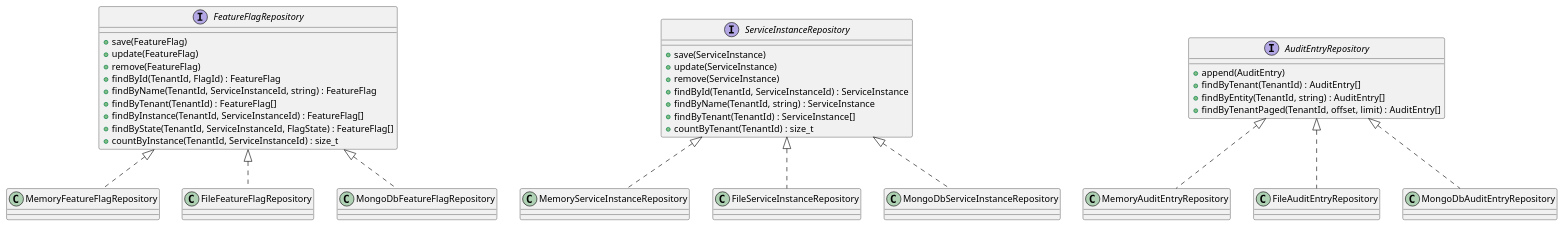
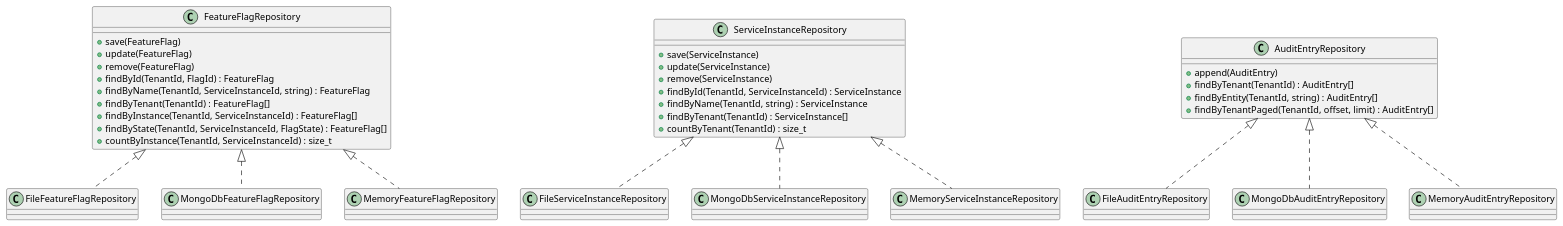
One commit to UIMSolutions/uim-platform changed the second of 5 diagrams in feature-flags/UML.md. Above: the diagram before and after it, drawn with PlantUML. The commit also changed 891 other files, not shown here.

````diff
--- a/feature-flags/UML.md
+++ b/feature-flags/UML.md
@@ -137,58 +137,58 @@
 ```plantuml
 @startuml
 
 interface FeatureFlagRepository {
   +save(FeatureFlag)
   +update(FeatureFlag)
   +remove(FeatureFlag)
   +findById(TenantId, FlagId) : FeatureFlag
   +findByName(TenantId, ServiceInstanceId, string) : FeatureFlag
   +findByTenant(TenantId) : FeatureFlag[]
   +findByInstance(TenantId, ServiceInstanceId) : FeatureFlag[]
   +findByState(TenantId, ServiceInstanceId, FlagState) : FeatureFlag[]
   +countByInstance(TenantId, ServiceInstanceId) : size_t
 }
 
 interface ServiceInstanceRepository {
   +save(ServiceInstance)
   +update(ServiceInstance)
   +remove(ServiceInstance)
   +findById(TenantId, ServiceInstanceId) : ServiceInstance
   +findByName(TenantId, string) : ServiceInstance
   +findByTenant(TenantId) : ServiceInstance[]
   +countByTenant(TenantId) : size_t
 }
 
 interface AuditEntryRepository {
   +append(AuditEntry)
   +findByTenant(TenantId) : AuditEntry[]
   +findByEntity(TenantId, string) : AuditEntry[]
   +findByTenantPaged(TenantId, offset, limit) : AuditEntry[]
 }
 
-class MemoryFeatureFlagRepository
+class FeatureFlagRepository
 class FileFeatureFlagRepository
 class MongoDbFeatureFlagRepository
 
-class MemoryServiceInstanceRepository
+class ServiceInstanceRepository
 class FileServiceInstanceRepository
 class MongoDbServiceInstanceRepository
 
-class MemoryAuditEntryRepository
+class AuditEntryRepository
 class FileAuditEntryRepository
 class MongoDbAuditEntryRepository
 
 FeatureFlagRepository <|.. MemoryFeatureFlagRepository
 FeatureFlagRepository <|.. FileFeatureFlagRepository
 FeatureFlagRepository <|.. MongoDbFeatureFlagRepository
 
 ServiceInstanceRepository <|.. MemoryServiceInstanceRepository
 ServiceInstanceRepository <|.. FileServiceInstanceRepository
 ServiceInstanceRepository <|.. MongoDbServiceInstanceRepository
 
 AuditEntryRepository <|.. MemoryAuditEntryRepository
 AuditEntryRepository <|.. FileAuditEntryRepository
 AuditEntryRepository <|.. MongoDbAuditEntryRepository
 
 @enduml
 ```
````
